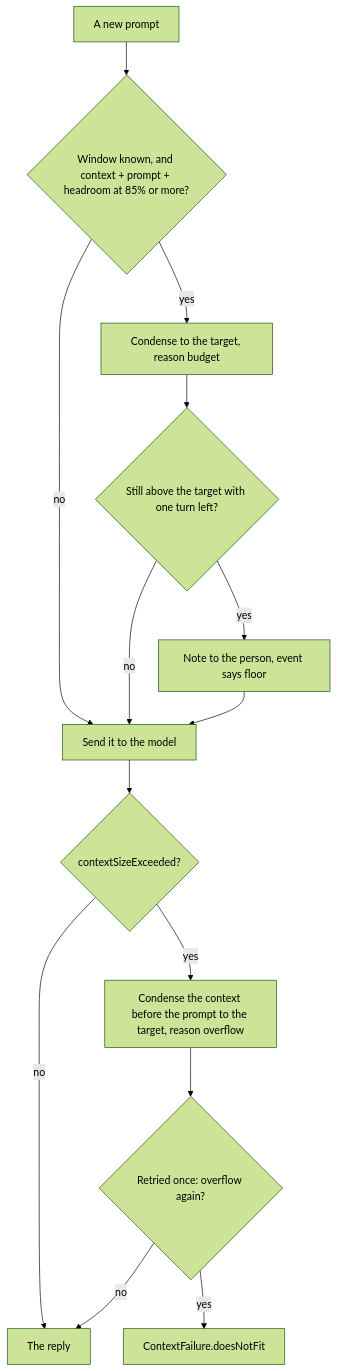
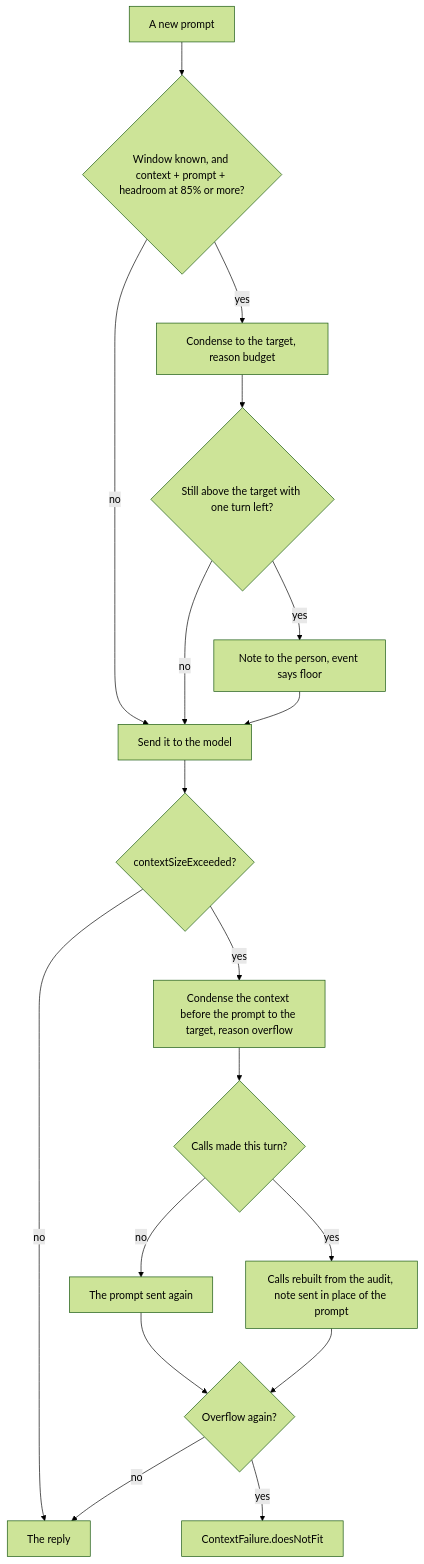
Before and after one commit to pidster/wisp: the diagram in docs/context-management.md, drawn with Mermaid (forest theme). The commit also changed other lines of this file and 14 other files, not shown here.

````diff
--- a/docs/context-management.md
+++ b/docs/context-management.md
@@ -695,16 +712,20 @@
 ```mermaid
 flowchart TD
     prompt["A new prompt"] --> ahead{"Window known, and context + prompt + headroom at 85% or more?"}
     ahead -->|yes| budget["Condense to the target, reason budget"]
     ahead -->|no| send["Send it to the model"]
     budget --> floor{"Still above the target with one turn left?"}
     floor -->|yes| note["Note to the person, event says floor"]
     floor -->|no| send
     note --> send
     send --> overflow{"contextSizeExceeded?"}
     overflow -->|no| reply["The reply"]
     overflow -->|yes| rebuild["Condense the context before the prompt to the target, reason overflow"]
-    rebuild --> retry{"Retried once: overflow again?"}
+    rebuild --> called{"Calls made this turn?"}
+    called -->|no| again["The prompt sent again"]
+    again --> retry{"Overflow again?"}
+    called -->|yes| continued["Calls rebuilt from the audit, note sent in place of the prompt"]
+    continued --> retry
     retry -->|no| reply
     retry -->|yes| error["ContextFailure.doesNotFit"]
 ```
````
